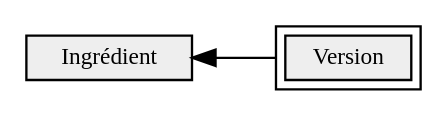
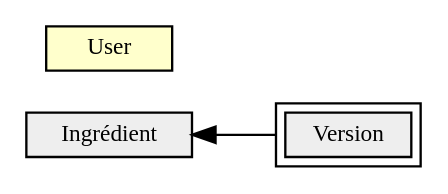
The diagram in images/xyGraphvizCache/34b6cd75171affba6957e308dcbd92be.dot (SOCLE15/mMediaWiki), drawn with Graphviz before and after one commit. The commit also changed 15 other files, not shown here.

```diff
--- a/images/xyGraphvizCache/34b6cd75171affba6957e308dcbd92be.dot
+++ b/images/xyGraphvizCache/34b6cd75171affba6957e308dcbd92be.dot
@@ -1,8 +1,9 @@
 digraph a {
 size="8,20";
 rankdir=LR;
 node [height=0 style="filled", shape="box", font="Helvetica-Bold", fontsize="10", color="#00000"];
 "Ingrédient" -> "Version" [dir=back];
 "Ingrédient" [URL="http://smw.learning-socle.org/index.php/Cat%C3%A9gorie:Ingr%C3%A9dient",peripheries=1,label="Ingrédient",fillcolor="#EEEEEE"];
 "Version" [URL="http://smw.learning-socle.org/index.php/Cat%C3%A9gorie:Version",peripheries=2,label="Version",fillcolor="#EEEEEE"];
+"User" [URL="http://smw.learning-socle.org/index.php/Cat%C3%A9gorie:User",peripheries=1,label="User",fillcolor="#FFFFCC"];
 }
```
